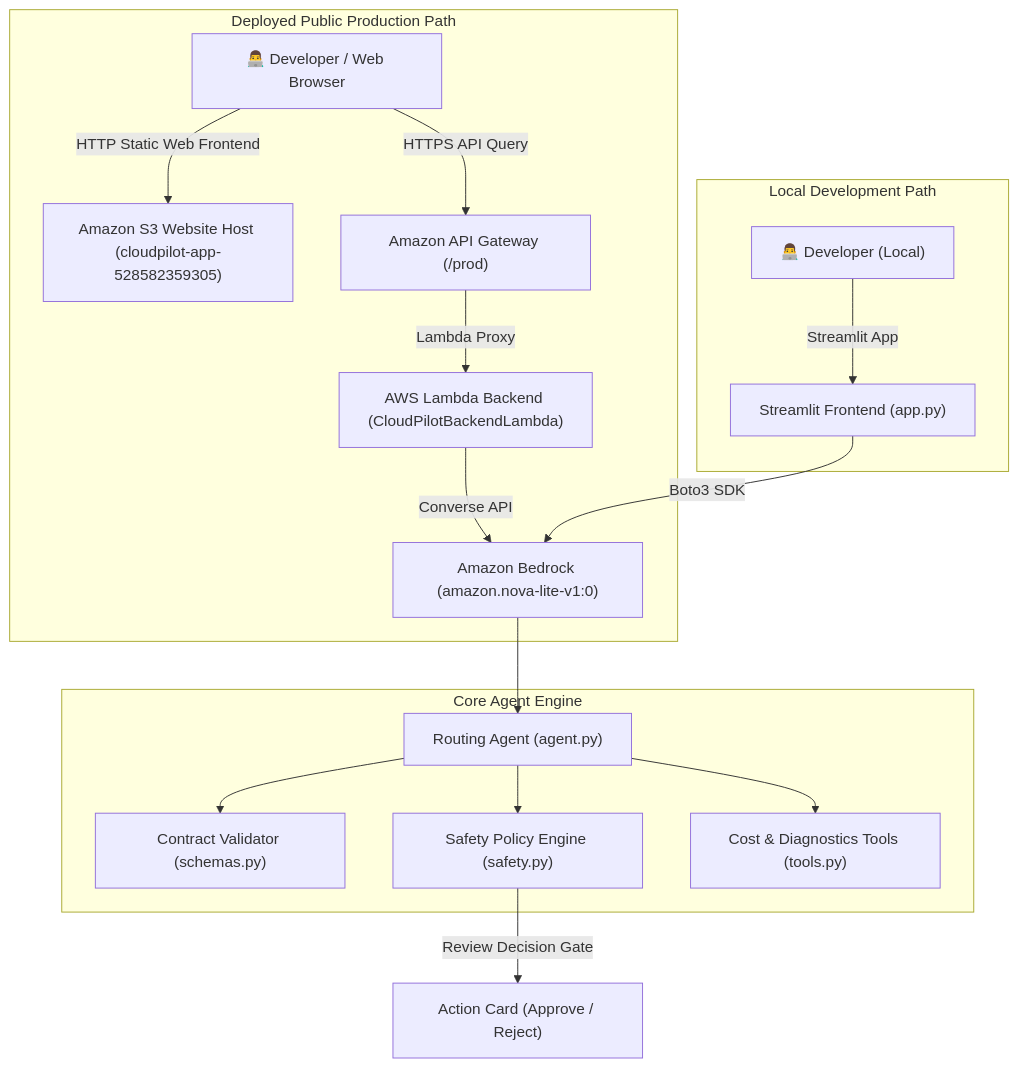
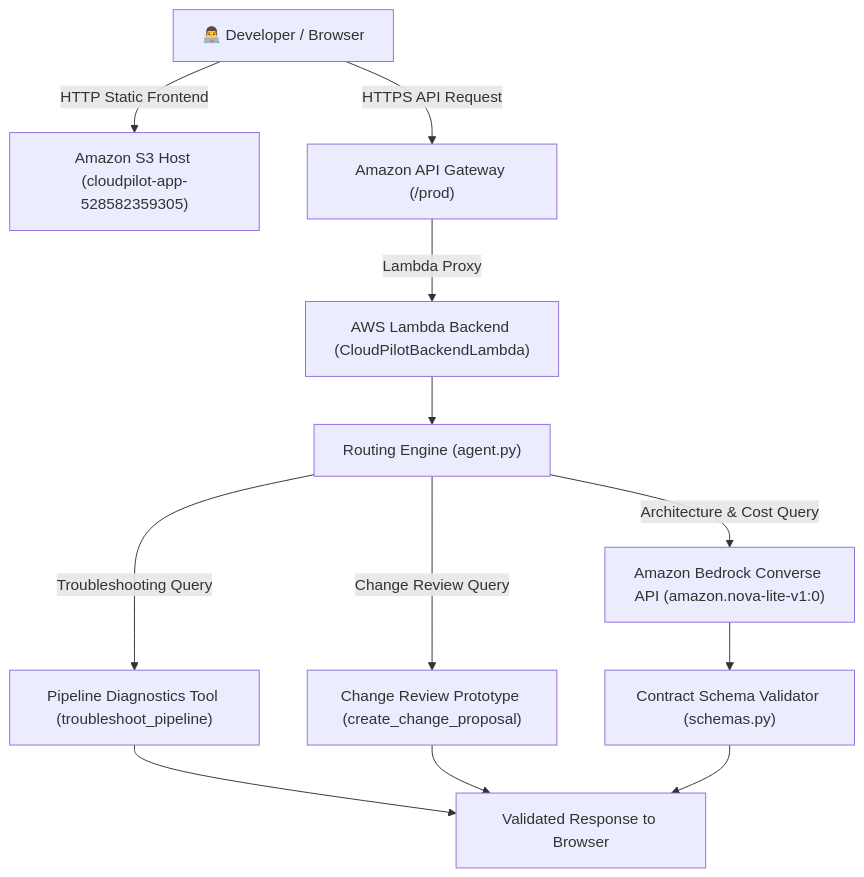
Before and after one commit to omayrq/Cloudpilot: the diagram in README.md, drawn with Mermaid. The commit also changed 4 other files, not shown here.

Commit message:
security(xss): remediate unsafe innerHTML rendering, harden Lambda logging and input validation, and update Mermaid flowchart

````diff
--- a/README.md
+++ b/README.md
@@ -34,23 +34,18 @@
 ```mermaid
 flowchart TD
-    subgraph Deployed Public Production Path
-        User["👨‍💻 Developer / Web Browser"] -->|HTTP Static Web Frontend| S3["Amazon S3 Website Host (cloudpilot-app-528582359305)"]
-        User -->|HTTPS API Query| APIGW["Amazon API Gateway (/prod)"]
-        APIGW -->|Lambda Proxy| Lambda["AWS Lambda Backend (CloudPilotBackendLambda)"]
-        Lambda -->|Converse API| Bedrock["Amazon Bedrock (amazon.nova-lite-v1:0)"]
-    end
-
-    subgraph Local Development Path
-        DevUser["👨‍💻 Developer (Local)"] -->|Streamlit App| LocalApp["Streamlit Frontend (app.py)"]
-        LocalApp -->|Boto3 SDK| Bedrock
-    end
-
-    subgraph Core Agent Engine
-        Bedrock --> Agent["Routing Agent (agent.py)"]
-        Agent --> Schema["Contract Validator (schemas.py)"]
-        Agent --> Safety["Safety Policy Engine (safety.py)"]
-        Agent --> Tools["Cost & Diagnostics Tools (tools.py)"]
-    end
+    User["👨‍💻 Developer / Browser"] -->|HTTP Static Frontend| S3["Amazon S3 Host (cloudpilot-app-528582359305)"]
+    User -->|HTTPS API Request| APIGW["Amazon API Gateway (/prod)"]
+    APIGW -->|Lambda Proxy| Lambda["AWS Lambda Backend (CloudPilotBackendLambda)"]
     
-    Safety -->|Review Decision Gate| ActionCard["Action Card (Approve / Reject)"]
+    Lambda --> Route["Routing Engine (agent.py)"]
+    
+    Route -->|Troubleshooting Query| Troubleshoot["Pipeline Diagnostics Tool (troubleshoot_pipeline)"]
+    Route -->|Change Review Query| ChangeReview["Change Review Prototype (create_change_proposal)"]
+    Route -->|Architecture & Cost Query| Bedrock["Amazon Bedrock Converse API (amazon.nova-lite-v1:0)"]
+    
+    Bedrock --> Validator["Contract Schema Validator (schemas.py)"]
+    
+    Troubleshoot --> Response["Validated Response to Browser"]
+    ChangeReview --> Response
+    Validator --> Response
 ```
````
